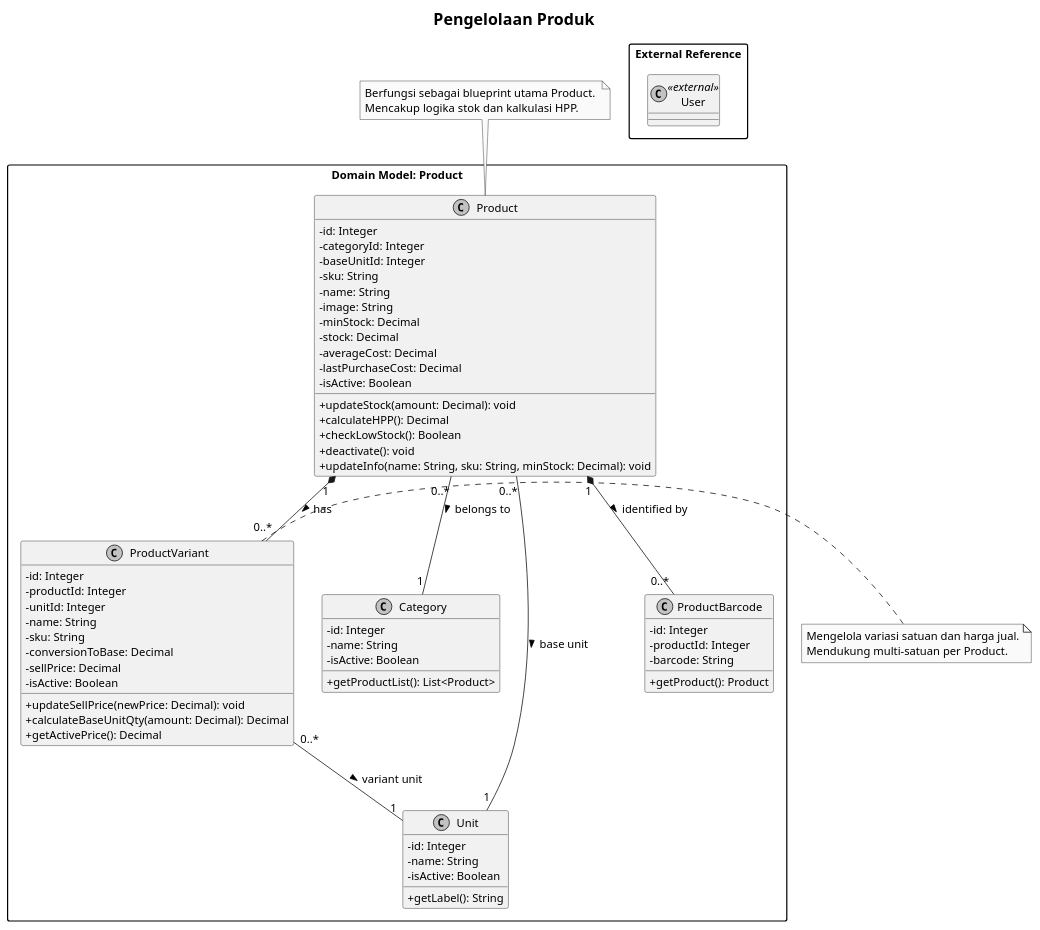
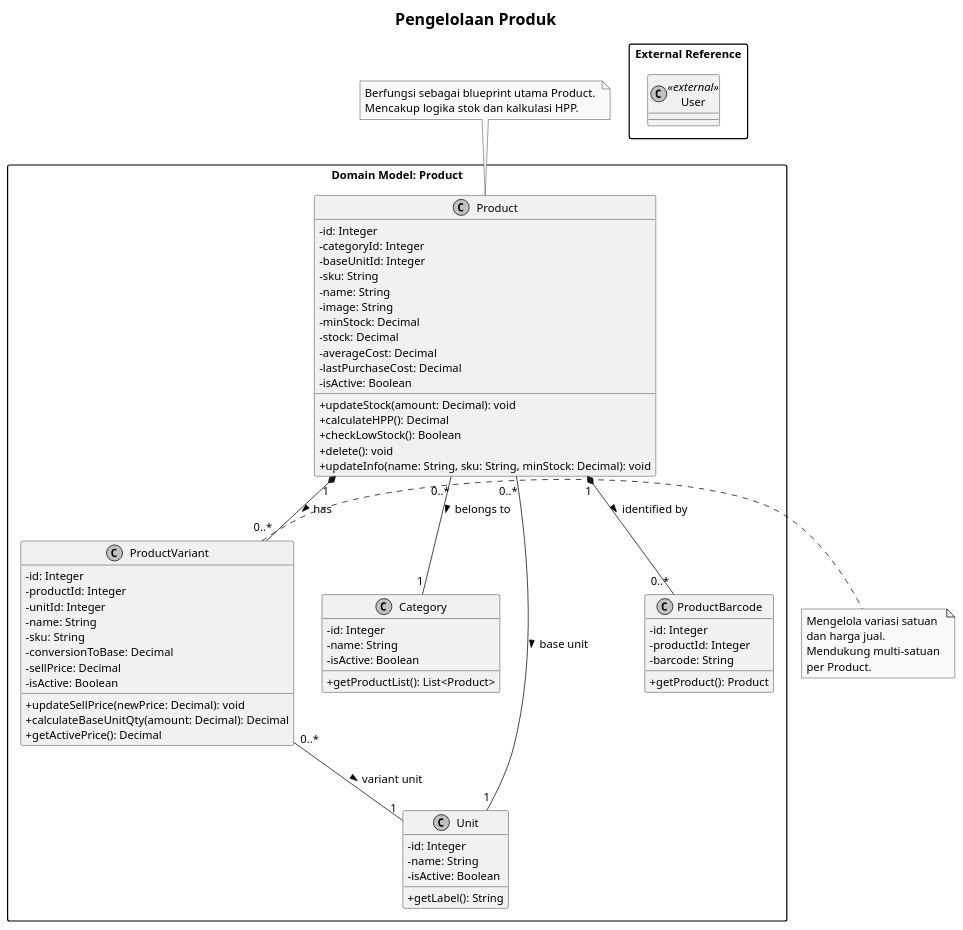
Before and after one commit to Aditiarzky/pos-app: the diagram in docs/uml-class-module-a-product.puml, drawn with PlantUML. The commit also changed 179 other files, not shown here.

Commit message:
refactor: konsolidasikan delete/restore berbasis relasi dan perbarui dokumentasi

```diff
--- a/docs/uml-class-module-a-product.puml
+++ b/docs/uml-class-module-a-product.puml
@@ -1,94 +1,96 @@
 @startuml Modul_A_Pengelolaan_Produk
 
 ' Pengaturan visual agar profesional dan fungsional
 skinparam classAttributeIconSize 0
 skinparam monochrome true
 skinparam packageStyle rectangle
 skinparam shadowing false
 skinparam defaultFontName "Arial"
 skinparam defaultFontSize 14
 skinparam titleFontSize 20
 
 title Pengelolaan Produk
 
 package "Domain Model: Product" {
     class Product {
         - id: Integer
         - categoryId: Integer
         - baseUnitId: Integer
         - sku: String
         - name: String
         - image: String
         - minStock: Decimal
         - stock: Decimal
         - averageCost: Decimal
         - lastPurchaseCost: Decimal
         - isActive: Boolean
         + updateStock(amount: Decimal): void
         + calculateHPP(): Decimal
         + checkLowStock(): Boolean
-        + deactivate(): void
+        + delete(): void
         + updateInfo(name: String, sku: String, minStock: Decimal): void
     }
 
     class ProductVariant {
         - id: Integer
         - productId: Integer
         - unitId: Integer
         - name: String
         - sku: String
         - conversionToBase: Decimal
         - sellPrice: Decimal
         - isActive: Boolean
         + updateSellPrice(newPrice: Decimal): void
         + calculateBaseUnitQty(amount: Decimal): Decimal
         + getActivePrice(): Decimal
     }
 
     class Category {
         - id: Integer
         - name: String
         - isActive: Boolean
         + getProductList(): List<Product>
     }
 
     class Unit {
         - id: Integer
         - name: String
         - isActive: Boolean
         + getLabel(): String
     }
 
     class ProductBarcode {
         - id: Integer
         - productId: Integer
         - barcode: String
         + getProduct(): Product
     }
 
     ' Relationships
     Product "1" *-- "0..*" ProductVariant : has >
     Product "1" *-- "0..*" ProductBarcode : identified by >
     Product "0..*" -- "1" Category : belongs to >
     Product "0..*" -- "1" Unit : base unit >
     ProductVariant "0..*" -- "1" Unit : variant unit >
 }
 
 package "External Reference" {
     class User <<external>> {
         ' Digunakan sebagai aktor/creator
     }
 }
 
 ' Catatan Fungsional
 note top of Product
   Berfungsi sebagai blueprint utama Product. 
   Mencakup logika stok dan kalkulasi HPP.
 end note
 
 note right of ProductVariant
-  Mengelola variasi satuan dan harga jual.
-  Mendukung multi-satuan per Product.
+  Mengelola variasi satuan 
+  dan harga jual.
+  Mendukung multi-satuan 
+  per Product.
 end note
 
 @enduml
```
